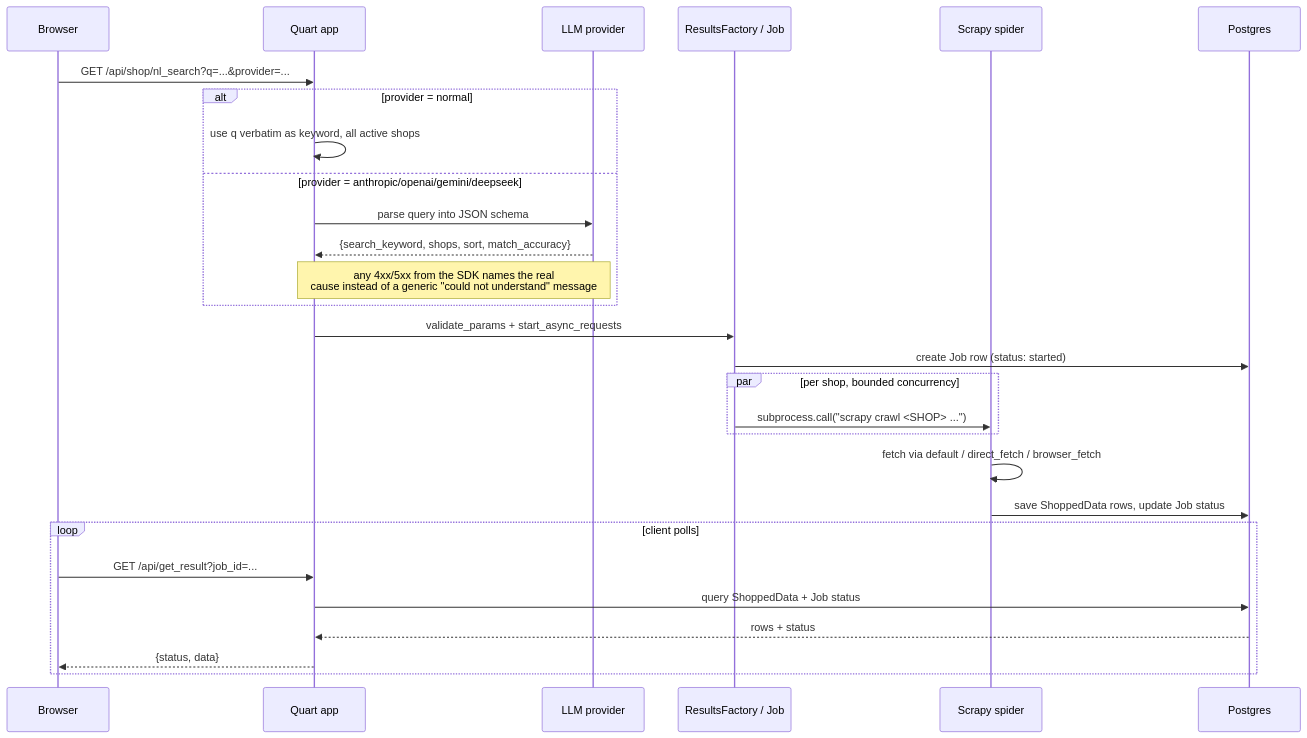
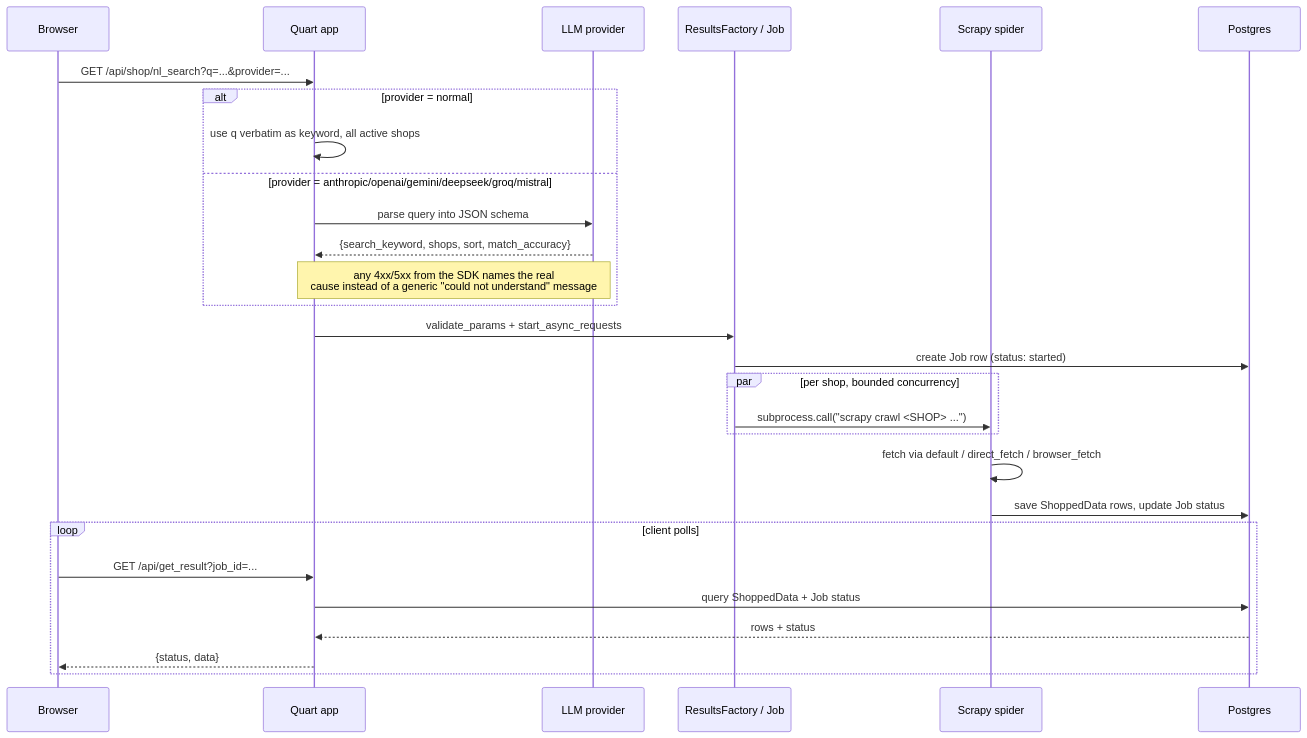
The second of 2 diagrams in docs/architecture.md (ikp4success/shopasource), drawn with Mermaid before and after one commit. The commit also changed other lines of this file and 10 other files, not shown here.

````diff
--- a/docs/architecture.md
+++ b/docs/architecture.md
@@ -64,31 +66,31 @@
 ```mermaid
 sequenceDiagram
     participant U as Browser
     participant A as Quart app
     participant L as LLM provider
     participant J as ResultsFactory / Job
     participant S as Scrapy spider
     participant D as Postgres
 
     U->>A: GET /api/shop/nl_search?q=...&provider=...
     alt provider = normal
         A->>A: use q verbatim as keyword, all active shops
-    else provider = anthropic/openai/gemini/deepseek
+    else provider = anthropic/openai/gemini/deepseek/groq/mistral
         A->>L: parse query into JSON schema
         L-->>A: {search_keyword, shops, sort, match_accuracy}
         Note over A,L: any 4xx/5xx from the SDK names the real<br/>cause instead of a generic "could not understand" message
     end
     A->>J: validate_params + start_async_requests
     J->>D: create Job row (status: started)
     par per shop, bounded concurrency
         J->>S: subprocess.call("scrapy crawl <SHOP> ...")
     end
     S->>S: fetch via default / direct_fetch / browser_fetch
     S->>D: save ShoppedData rows, update Job status
     loop client polls
         U->>A: GET /api/get_result?job_id=...
         A->>D: query ShoppedData + Job status
         D-->>A: rows + status
         A-->>U: {status, data}
     end
 ```
````
